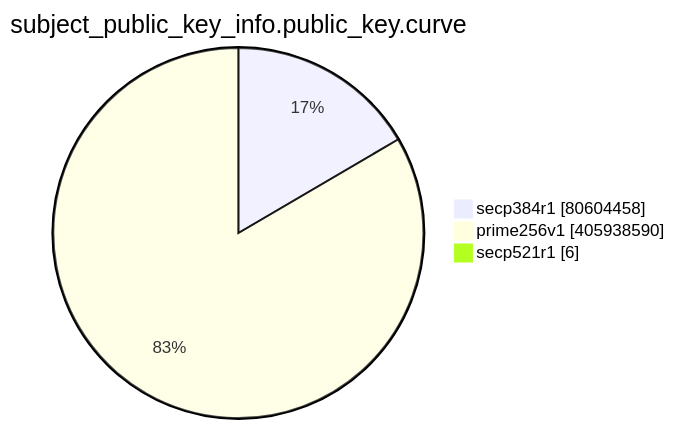
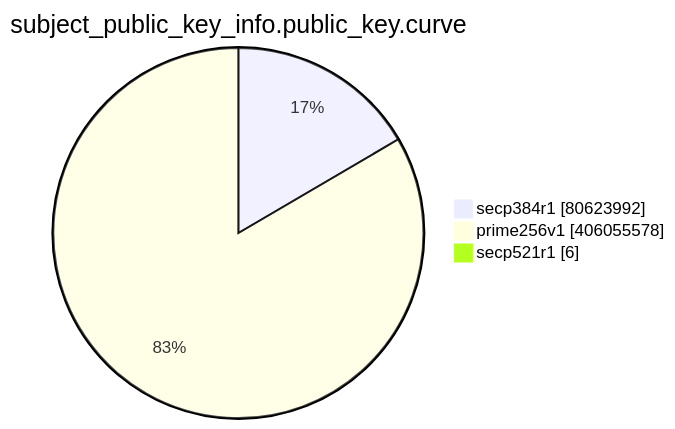
The eighth of 15 diagrams in TOTAL/README.md (christiankrug/ctmonitor_visualization), drawn with Mermaid before and after one commit. The commit also changed other lines of this file, not shown here.

````diff
--- a/TOTAL/README.md
+++ b/TOTAL/README.md
@@ -3095,7 +3095,7 @@
 ```mermaid
 pie showData
 title subject_public_key_info.public_key.curve
-"secp384r1" :80604458
-"prime256v1" :405938590
+"secp384r1" :80623992
+"prime256v1" :406055578
 "secp521r1" :6
 ```
````
